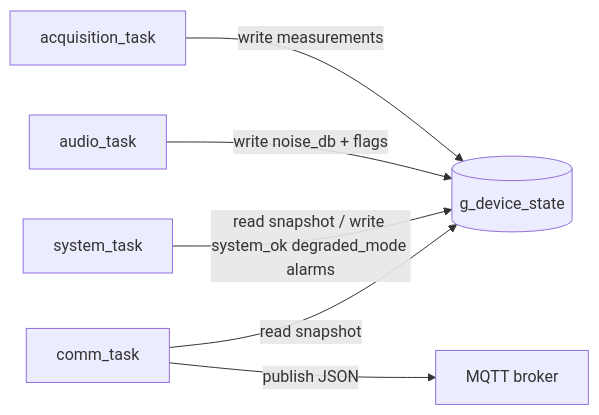
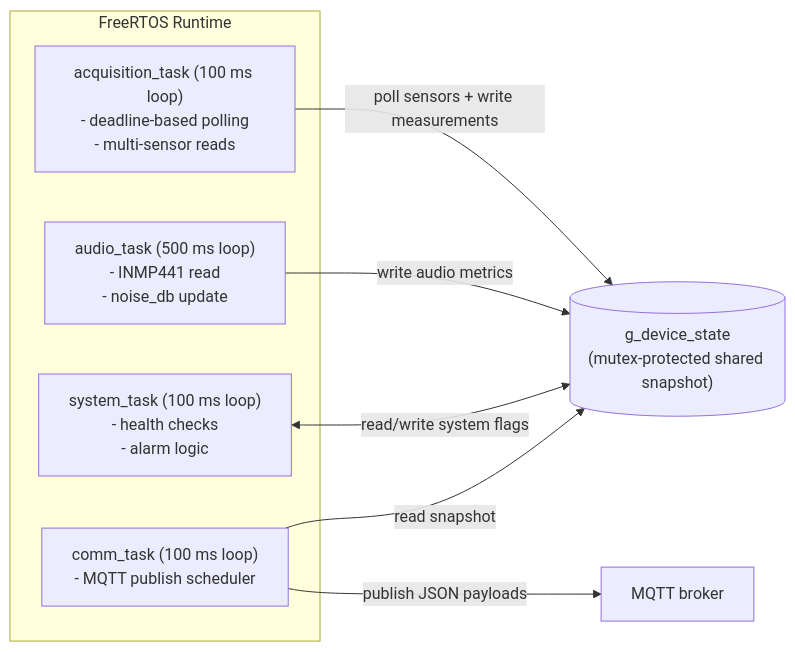
Before and after one commit to SimoPela/electrical_outlet_IOT: the diagram in README.md, drawn with Mermaid. The commit also changed other lines of this file, not shown here.

````diff
--- a/README.md
+++ b/README.md
@@ -142,15 +87,18 @@
 ```mermaid
 flowchart LR
-    ACQ[acquisition_task]
-    AUD[audio_task]
-    SYS[system_task]
-    COM[comm_task]
-    DS[(g_device_state)]
-    BRK[MQTT broker]
+    subgraph RTOS[FreeRTOS Runtime]
+        ACQ["acquisition_task (100 ms loop)\n- deadline-based polling\n- multi-sensor reads"]
+        AUD["audio_task (500 ms loop)\n- INMP441 read\n- noise_db update"]
+        SYS["system_task (100 ms loop)\n- health checks\n- alarm logic"]
+        COM["comm_task (100 ms loop)\n- MQTT publish scheduler"]
+    end
 
-    ACQ -->|write measurements| DS
-    AUD -->|write noise_db + flags| DS
-    SYS -->|read snapshot / write system_ok degraded_mode alarms| DS
-    COM -->|read snapshot| DS
-    COM -->|publish JSON| BRK
+    DS[("g_device_state\n(mutex-protected shared snapshot)")]
+    BRK["MQTT broker"]
+
+    ACQ -->|"poll sensors + write measurements"| DS
+    AUD -->|"write audio metrics"| DS
+    SYS <-->|"read/write system flags"| DS
+    COM -->|"read snapshot"| DS
+    COM -->|"publish JSON payloads"| BRK
 ```
````
